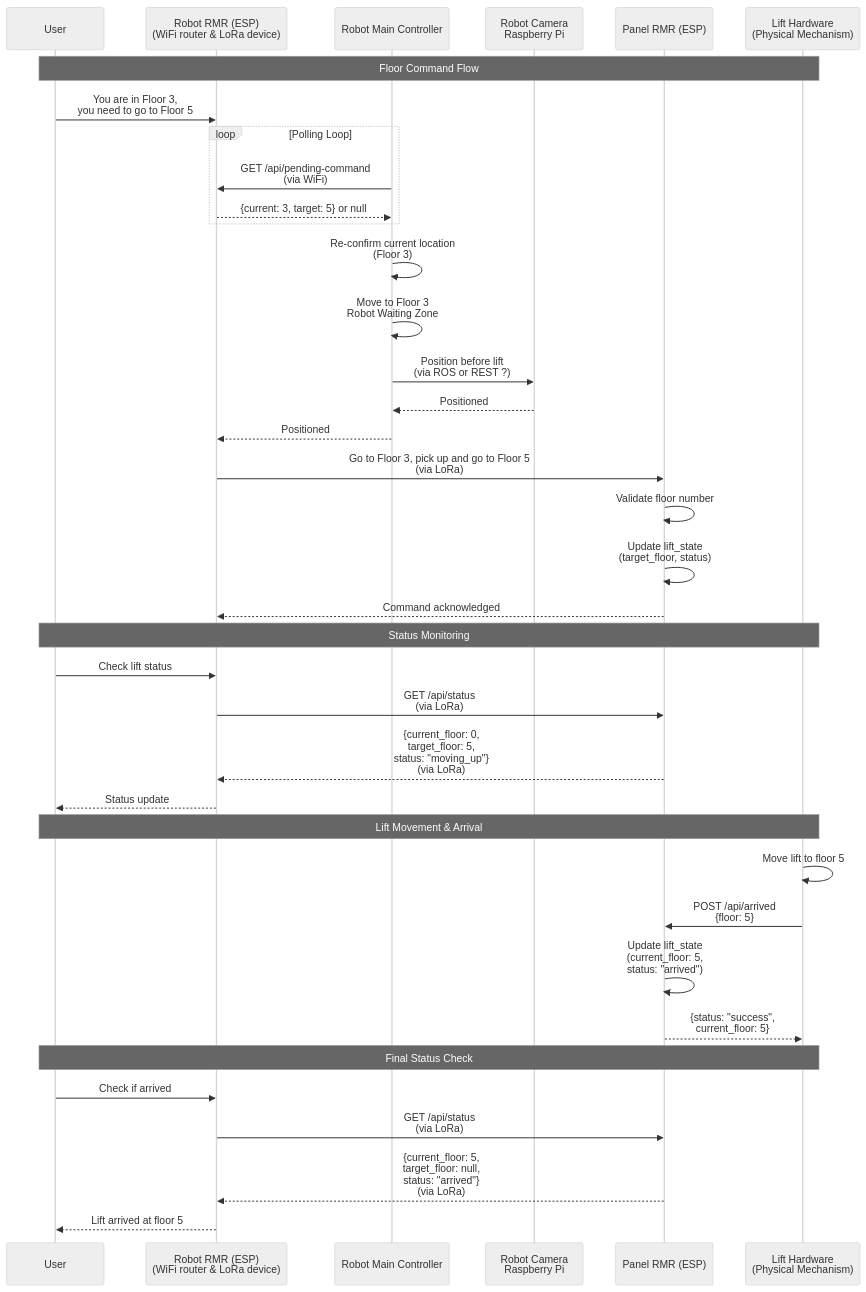
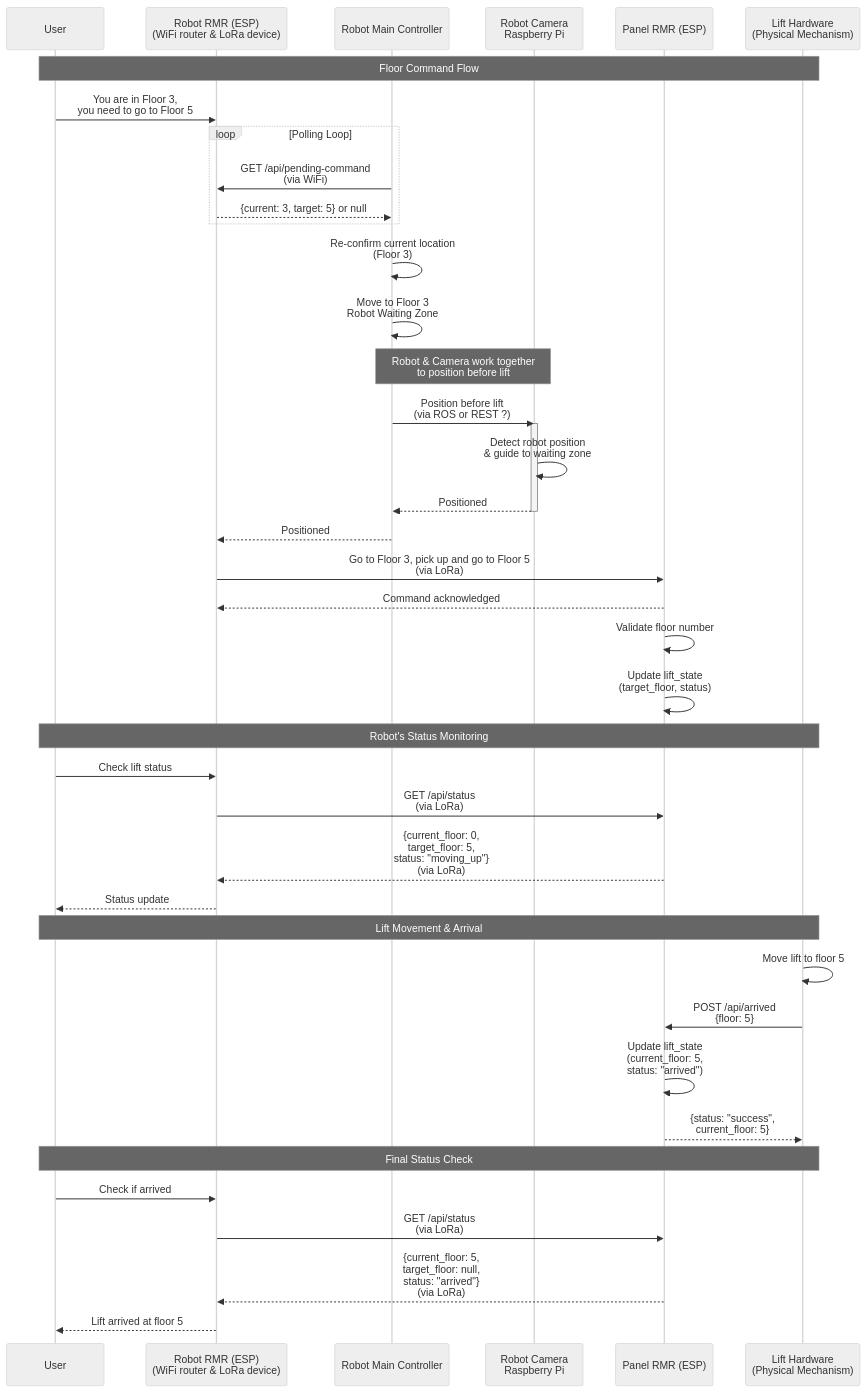
One commit to in-is-ah/rmr changed the first of 2 diagrams in sequence_diagram.md. Above: the diagram before and after it, drawn with Mermaid (neutral theme).

Commit message:
Refine sequence diagram for robot and camera interaction
Updated notes and commands in the sequence diagram for clarity.

````diff
--- a/sequence_diagram.md
+++ b/sequence_diagram.md
@@ -5,43 +5,48 @@
 ```mermaid
 sequenceDiagram
     participant User
     participant ClientPi as Robot RMR (ESP)<br/>(WiFi router & LoRa device)
     participant RobotMainController as Robot Main Controller
     participant CameraModule as Robot Camera<br/>Raspberry Pi
     participant LiftService as Panel RMR (ESP)
     participant LiftHardware as Lift Hardware<br/>(Physical Mechanism)
 
     Note over User,LiftHardware: Floor Command Flow
     User->>ClientPi: You are in Floor 3,<br/>you need to go to Floor 5
     loop Polling Loop
         RobotMainController->>ClientPi: GET /api/pending-command<br/>(via WiFi)
         ClientPi-->>RobotMainController: {current: 3, target: 5} or null
     end
     RobotMainController->>RobotMainController: Re-confirm current location<br/>(Floor 3)
     RobotMainController->>RobotMainController: Move to Floor 3<br/>Robot Waiting Zone
+    Note over RobotMainController,CameraModule: Robot & Camera work together<br/>to position before lift
     RobotMainController->>CameraModule: Position before lift<br/>(via ROS or REST ?)
+    activate CameraModule
+    CameraModule->>CameraModule: Detect robot position<br/>& guide to waiting zone
     CameraModule-->>RobotMainController: Positioned
+    deactivate CameraModule
     RobotMainController-->>ClientPi: Positioned
     ClientPi->>LiftService: Go to Floor 3, pick up and go to Floor 5<br/>(via LoRa)
+    LiftService-->>ClientPi: Command acknowledged
     LiftService->>LiftService: Validate floor number
     LiftService->>LiftService: Update lift_state<br/>(target_floor, status)
-    LiftService-->>ClientPi: Command acknowledged
+
     
-    Note over User,LiftHardware: Status Monitoring
+    Note over User,LiftHardware: Robot's Status Monitoring
     User->>ClientPi: Check lift status
     ClientPi->>LiftService: GET /api/status<br/>(via LoRa)
     LiftService-->>ClientPi: {current_floor: 0,<br/>target_floor: 5,<br/>status: "moving_up"}<br/>(via LoRa)
     ClientPi-->>User: Status update
     
     Note over User,LiftHardware: Lift Movement & Arrival
     LiftHardware->>LiftHardware: Move lift to floor 5
     LiftHardware->>LiftService: POST /api/arrived<br/>{floor: 5}
     LiftService->>LiftService: Update lift_state<br/>(current_floor: 5,<br/>status: "arrived")
     LiftService-->>LiftHardware: {status: "success",<br/>current_floor: 5}
     
     Note over User,LiftHardware: Final Status Check
     User->>ClientPi: Check if arrived
     ClientPi->>LiftService: GET /api/status<br/>(via LoRa)
     LiftService-->>ClientPi: {current_floor: 5,<br/>target_floor: null,<br/>status: "arrived"}<br/>(via LoRa)
     ClientPi-->>User: Lift arrived at floor 5
 ```
````
